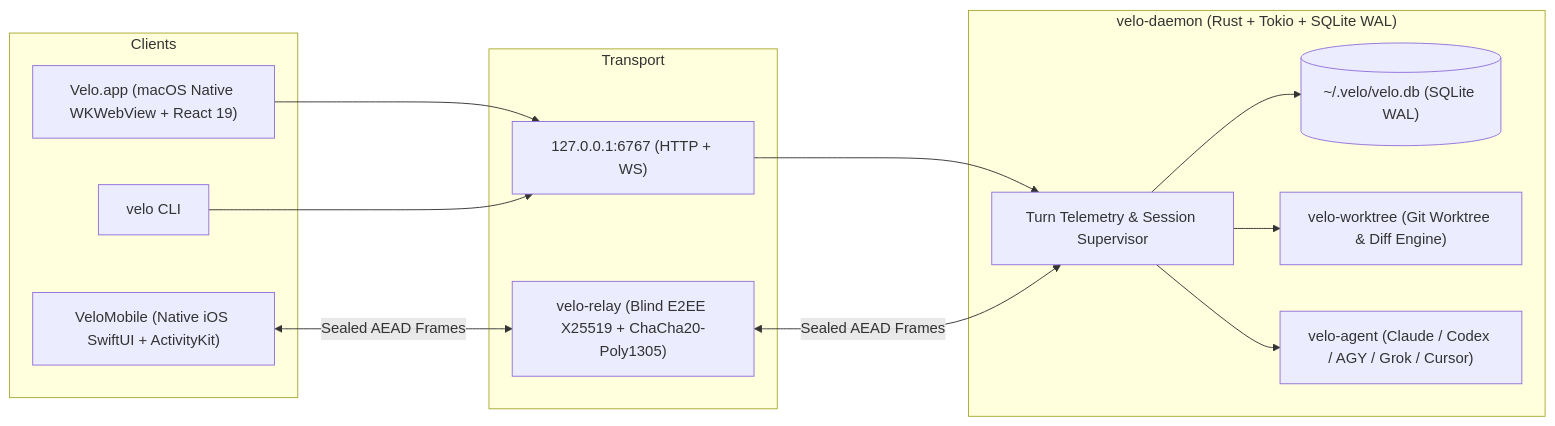
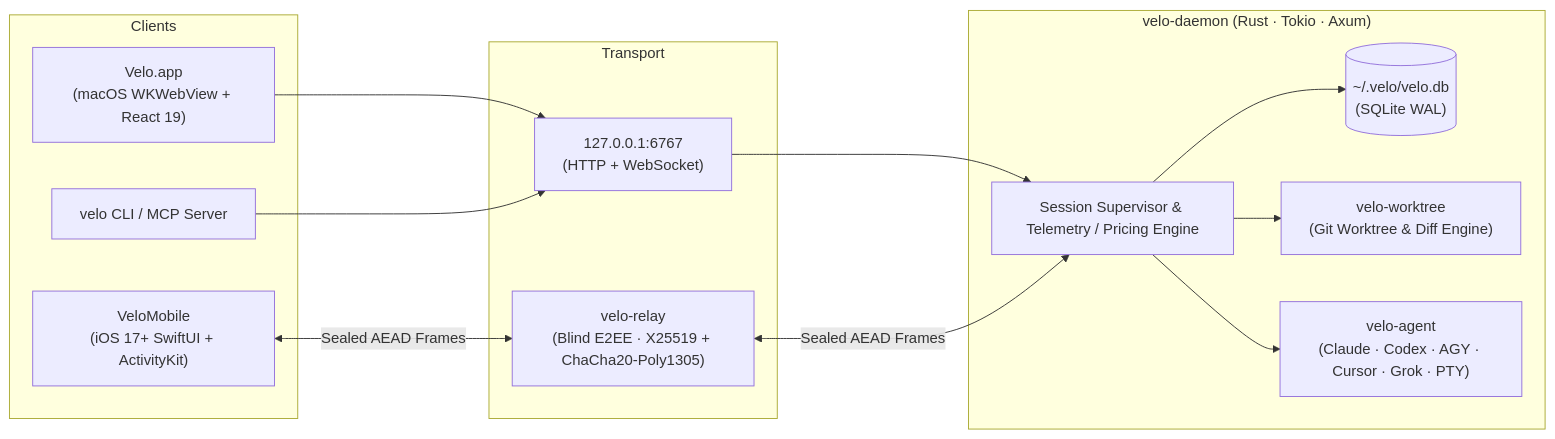
One commit to davaded/velo changed the diagram in README.md. Above: the diagram before and after it, drawn with Mermaid. The commit also changed other lines of this file, not shown here.

Commit message:
docs(readme): refresh architecture, features, CLI workflows, quotas/billing & relay deployment guide

````diff
--- a/README.md
+++ b/README.md
@@ -22,27 +42,27 @@
 ```mermaid
 flowchart LR
     subgraph Clients["Clients"]
-        Mac["Velo.app (macOS Native WKWebView + React 19)"]
-        iOS["VeloMobile (Native iOS SwiftUI + ActivityKit)"]
-        CLI["velo CLI"]
+        Mac["Velo.app\n(macOS WKWebView + React 19)"]
+        iOS["VeloMobile\n(iOS 17+ SwiftUI + ActivityKit)"]
+        CLI["velo CLI / MCP Server"]
     end
 
     subgraph Transport["Transport"]
-        Local["127.0.0.1:6767 (HTTP + WS)"]
-        Relay["velo-relay (Blind E2EE X25519 + ChaCha20-Poly1305)"]
+        Local["127.0.0.1:6767\n(HTTP + WebSocket)"]
+        Relay["velo-relay\n(Blind E2EE · X25519 + ChaCha20-Poly1305)"]
     end
 
-    subgraph Core["velo-daemon (Rust + Tokio + SQLite WAL)"]
-        Supervisor["Turn Telemetry & Session Supervisor"]
-        DB[("~/.velo/velo.db (SQLite WAL)")]
-        WT["velo-worktree (Git Worktree & Diff Engine)"]
-        Agents["velo-agent (Claude / Codex / AGY / Grok / Cursor)"]
+    subgraph Core["velo-daemon (Rust · Tokio · Axum)"]
+        Supervisor["Session Supervisor & Telemetry / Pricing Engine"]
+        DB[("~/.velo/velo.db\n(SQLite WAL)")]
+        WT["velo-worktree\n(Git Worktree & Diff Engine)"]
+        Agents["velo-agent\n(Claude · Codex · AGY · Cursor · Grok · PTY)"]
     end
 
     Mac --> Local --> Supervisor
     CLI --> Local
     iOS <-->|"Sealed AEAD Frames"| Relay <-->|"Sealed AEAD Frames"| Supervisor
     Supervisor --> DB
     Supervisor --> WT
     Supervisor --> Agents
 ```
````
